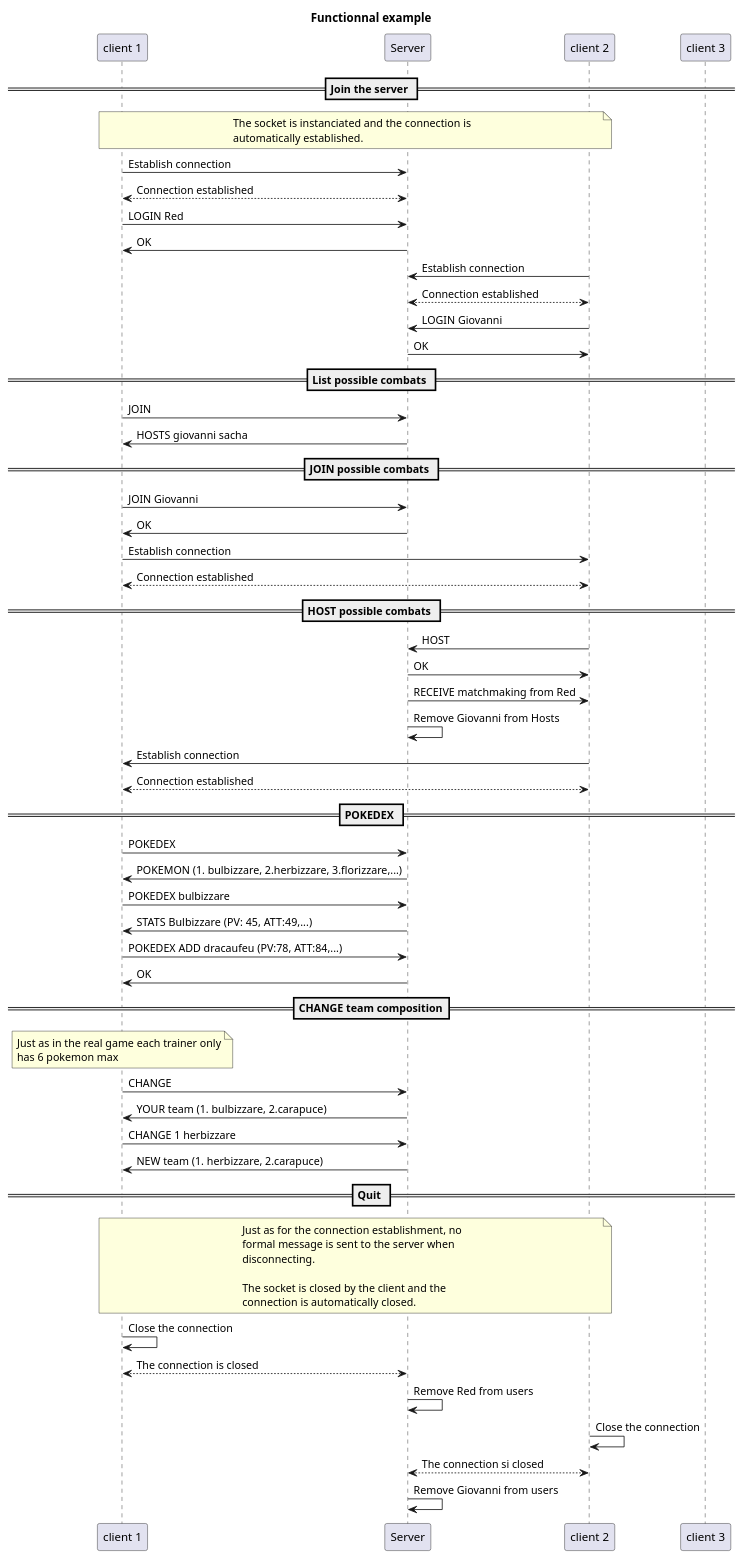
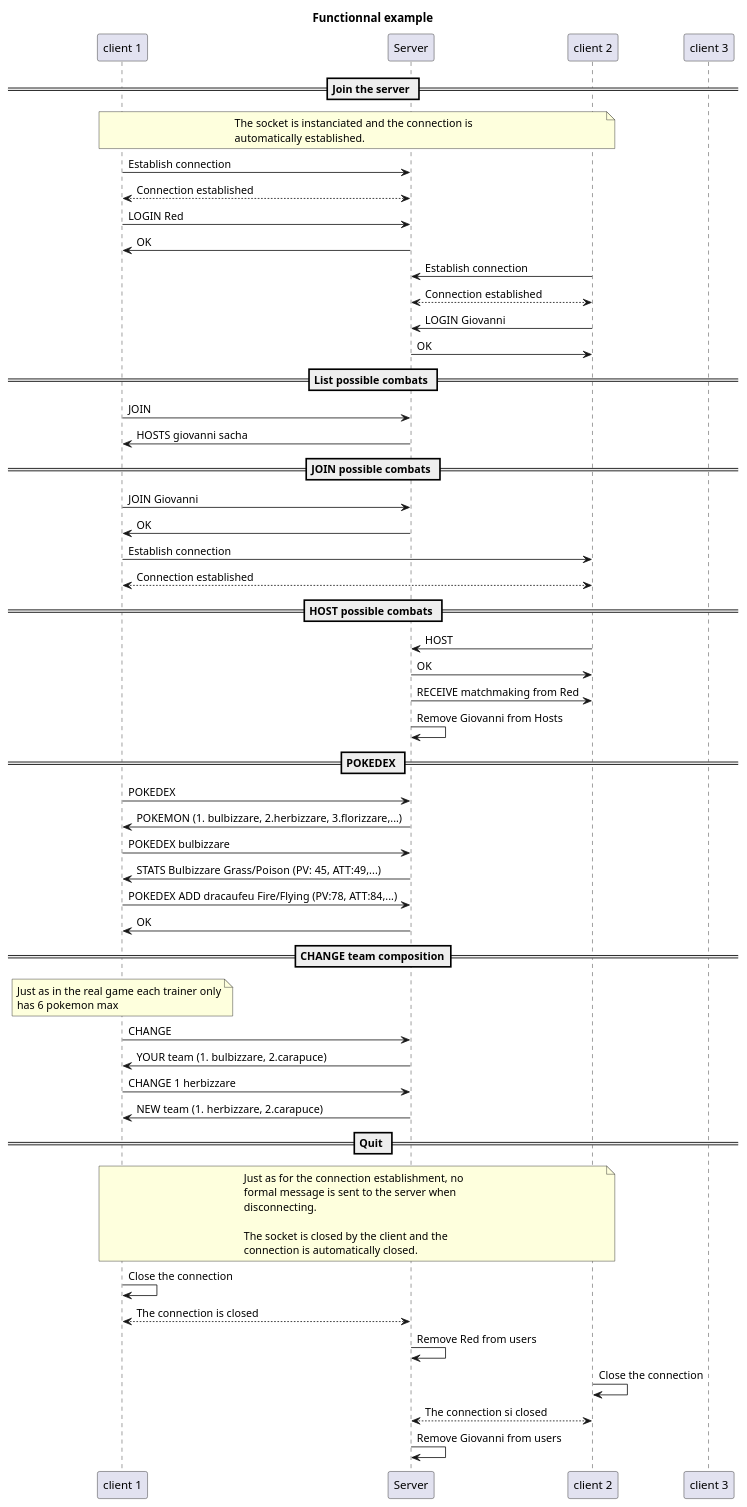
The diagram in PocketMonster/Protocole/functionnal-example.plantuml (Dansnts/DAI-Labo02), drawn with PlantUML before and after one commit. The commit also changed 7 other files, not shown here.

```diff
--- a/PocketMonster/Protocole/functionnal-example.plantuml
+++ b/PocketMonster/Protocole/functionnal-example.plantuml
@@ -1,92 +1,89 @@
 @startuml functional-example
 
 title "Functionnal example"
 
 participant "client 1" as c1
 participant "Server" as s
 participant "client 2" as giovanni
 participant "client 3" as sacha
 
 == Join the server ==
 
 note over c1,giovanni
 The socket is instanciated and the connection is
 automatically established.
 end note
 
 c1->s : Establish connection
 c1<-->s : Connection established
 
 c1->s: LOGIN Red
 s->c1: OK
 
 giovanni->s: Establish connection
 s<-->giovanni: Connection established
 
 giovanni->s: LOGIN Giovanni
 s->giovanni: OK
 
 == List possible combats ==
 
 c1->s: JOIN
 s->c1: HOSTS giovanni sacha
 
 == JOIN possible combats ==
 
 c1->s: JOIN Giovanni
 s->c1: OK
 
 c1->giovanni: Establish connection
 c1<-->giovanni: Connection established
 
 == HOST possible combats ==
 
 giovanni->s: HOST
 s->giovanni: OK
 s->giovanni: RECEIVE matchmaking from Red
 s->s: Remove Giovanni from Hosts
 
-giovanni->c1: Establish connection
-c1<-->giovanni: Connection established
-
 == POKEDEX ==
 
 c1->s: POKEDEX
 s->c1: POKEMON (1. bulbizzare, 2.herbizzare, 3.florizzare,...)
 c1->s: POKEDEX bulbizzare
-s->c1: STATS Bulbizzare (PV: 45, ATT:49,...)
+s->c1: STATS Bulbizzare Grass/Poison (PV: 45, ATT:49,...)
 
-c1->s: POKEDEX ADD dracaufeu (PV:78, ATT:84,...)
+c1->s: POKEDEX ADD dracaufeu Fire/Flying (PV:78, ATT:84,...)
 s->c1: OK
 
 == CHANGE team composition==
 note over c1
 Just as in the real game each trainer only
 has 6 pokemon max
 end note
 
 c1->s: CHANGE
 s->c1: YOUR team (1. bulbizzare, 2.carapuce)
 c1->s: CHANGE 1 herbizzare
 s->c1: NEW team (1. herbizzare, 2.carapuce)
 
 == Quit ==
 
 note over c1,giovanni
 Just as for the connection establishment, no
 formal message is sent to the server when
 disconnecting.
 
 The socket is closed by the client and the
 connection is automatically closed.
 end note
 
 c1->c1: Close the connection
 c1<-->s: The connection is closed
 s->s: Remove Red from users
 
 giovanni->giovanni: Close the connection
 giovanni<-->s: The connection si closed
 s->s: Remove Giovanni from users
 
 @enduml
```
